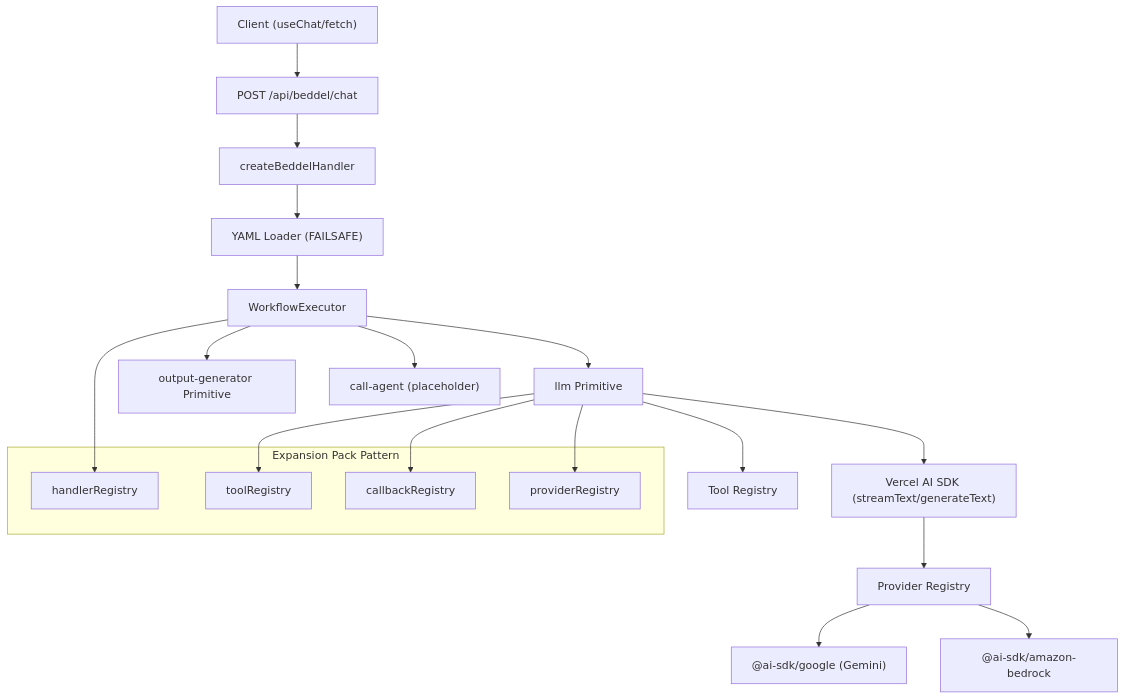
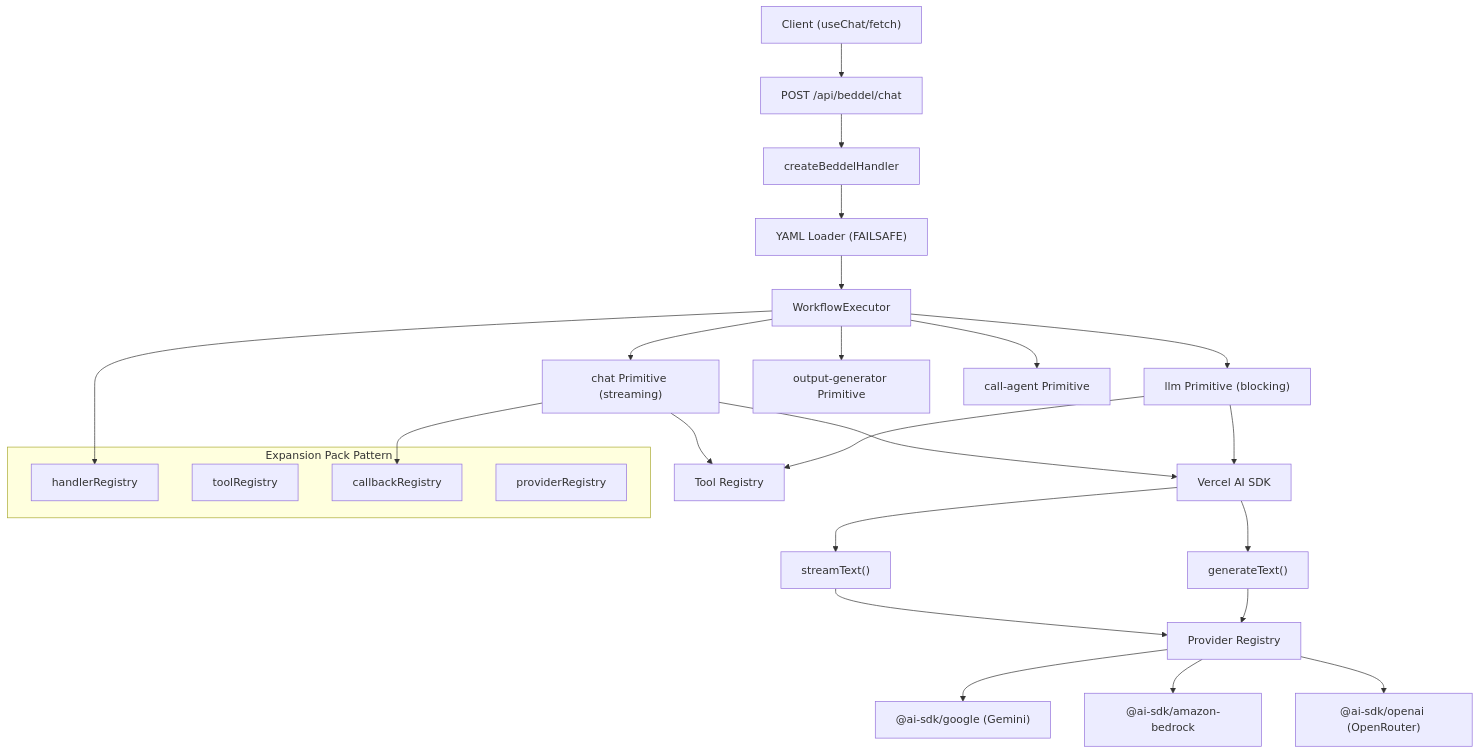
One commit to botanarede/beddel changed the diagram in docs/architecture/high-level-architecture.md. Above: the diagram before and after it, drawn with Mermaid. The commit also changed other lines of this file and 18 other files, not shown here.

First line of the commit message:
feat(primitives): add chat primitive and refactor llm architecture

````diff
--- a/docs/architecture/high-level-architecture.md
+++ b/docs/architecture/high-level-architecture.md
@@ -36,27 +36,32 @@
 ```mermaid
 graph TD
     Client["Client (useChat/fetch)"] --> API["POST /api/beddel/chat"]
     API --> Handler["createBeddelHandler"]
     Handler --> Loader["YAML Loader (FAILSAFE)"]
     Loader --> Executor["WorkflowExecutor"]
-    Executor --> LLM["llm Primitive"]
+    Executor --> Chat["chat Primitive (streaming)"]
+    Executor --> LLM["llm Primitive (blocking)"]
     Executor --> Output["output-generator Primitive"]
-    Executor --> CallAgent["call-agent (placeholder)"]
-    LLM --> SDK["Vercel AI SDK (streamText/generateText)"]
-    SDK --> Provider["Provider Registry"]
+    Executor --> CallAgent["call-agent Primitive"]
+    Chat --> SDK["Vercel AI SDK"]
+    LLM --> SDK
+    SDK --> StreamText["streamText()"]
+    SDK --> GenerateText["generateText()"]
+    StreamText --> Provider["Provider Registry"]
+    GenerateText --> Provider
     Provider --> Google["@ai-sdk/google (Gemini)"]
     Provider --> Bedrock["@ai-sdk/amazon-bedrock"]
-    LLM --> Tools["Tool Registry"]
+    Provider --> OpenRouter["@ai-sdk/openai (OpenRouter)"]
+    Chat --> Tools["Tool Registry"]
+    LLM --> Tools
     
     subgraph "Expansion Pack Pattern"
         PrimitiveRegistry["handlerRegistry"]
         ToolRegistry["toolRegistry"]
         CallbackRegistry["callbackRegistry"]
         ProviderRegistry["providerRegistry"]
     end
     
     Executor --> PrimitiveRegistry
-    LLM --> ToolRegistry
-    LLM --> CallbackRegistry
-    LLM --> ProviderRegistry
+    Chat --> CallbackRegistry
 ```
````
